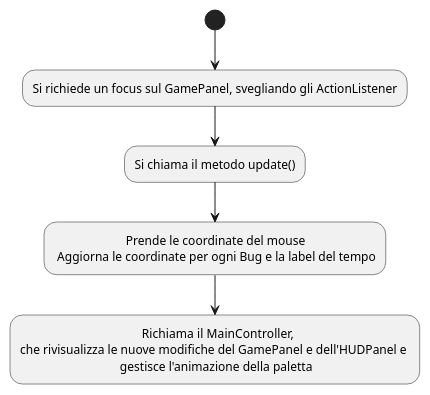
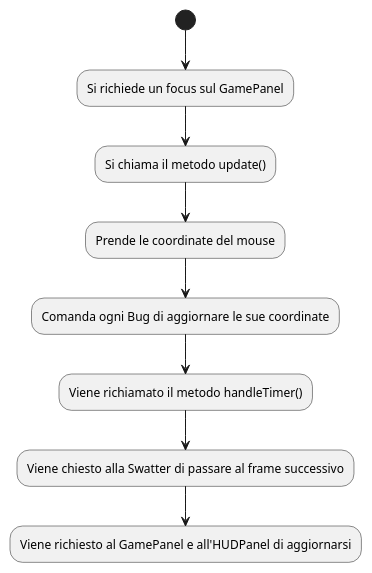
Before and after one commit to lcintini/JFlySwatter: the diagram in src/controller/DoOneLoopActivity.puml, drawn with PlantUML. The commit also changed 22 other files, not shown here.

Commit message:
correzione diagrammi di flusso

```diff
--- a/src/controller/DoOneLoopActivity.puml
+++ b/src/controller/DoOneLoopActivity.puml
@@ -1,10 +1,13 @@
 @startuml
 'https://plantuml.com/activity-diagram-beta
 
-(*)  --> "Si richiede un focus sul GamePanel, svegliando gli ActionListener"
+(*)  --> "Si richiede un focus sul GamePanel"
 --> "Si chiama il metodo update()"
--->"                       Prende le coordinate del mouse \n Aggiorna le coordinate per ogni Bug e la label del tempo"
--->"                                       Richiama il MainController, \nche rivisualizza le nuove modifiche del GamePanel e dell'HUDPanel e \n                                gestisce l'animazione della paletta"
+-->"Prende le coordinate del mouse"
+-->"Comanda ogni Bug di aggiornare le sue coordinate"
+-->"Viene richiamato il metodo handleTimer()"
+-->"Viene chiesto alla Swatter di passare al frame successivo"
+-->"Viene richiesto al GamePanel e all'HUDPanel di aggiornarsi"
 
 
 @enduml
```
